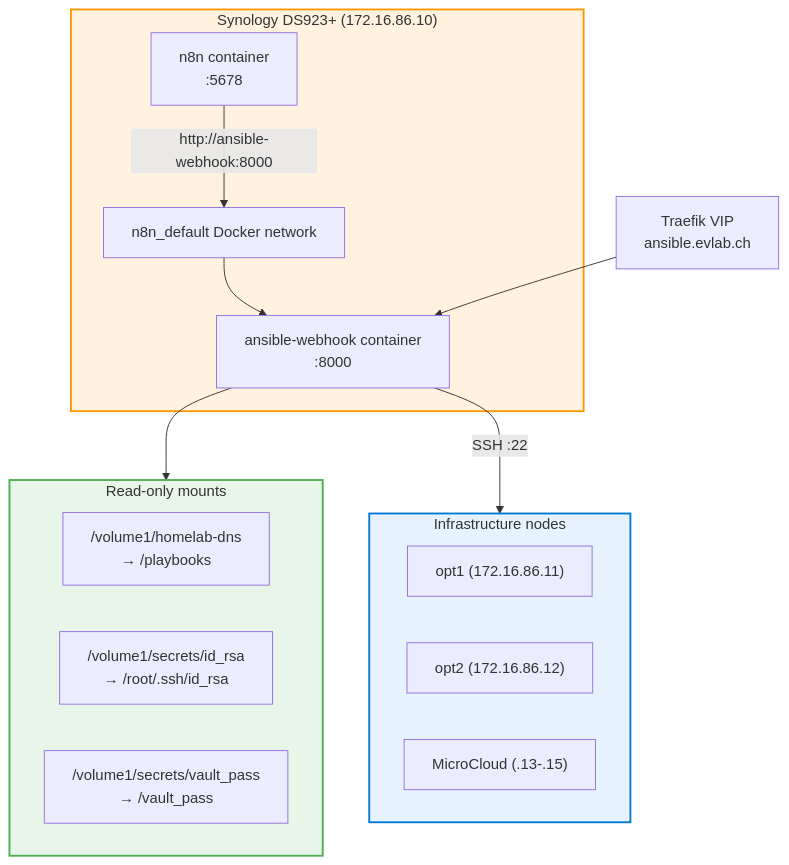
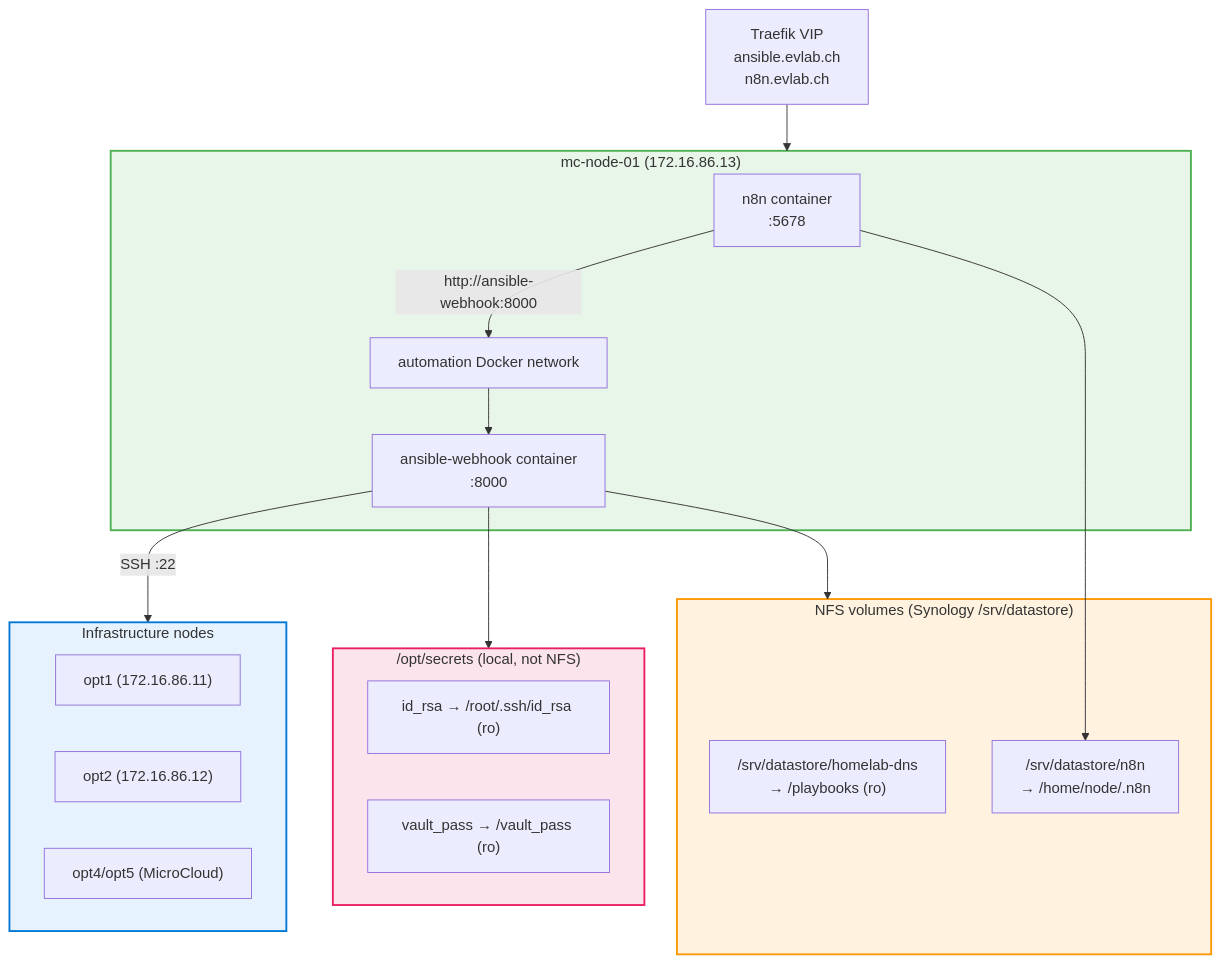
Before and after one commit to fjacquet/homelab-dns: the second of 2 diagrams in docs/adr/adr-015-ansible-webhook-engine.md, drawn with Mermaid. The commit also changed other lines of this file and 6 other files, not shown here.

First line of the commit message:
refactor: move n8n + ansible-webhook to MicroCloud, use NFS volumes

````diff
--- a/docs/adr/adr-015-ansible-webhook-engine.md
+++ b/docs/adr/adr-015-ansible-webhook-engine.md
@@ -49,32 +49,39 @@
 ```mermaid
 graph TD
-    subgraph Synology["Synology DS923+ (172.16.86.10)"]
+    subgraph MC01["mc-node-01 (172.16.86.13)"]
         N8N["n8n container\n:5678"]
         AW["ansible-webhook container\n:8000"]
-        NET["n8n_default Docker network"]
+        NET["automation Docker network"]
         N8N -->|"http://ansible-webhook:8000"| NET
         NET --> AW
     end
 
-    subgraph Volumes["Read-only mounts"]
-        REPO["/volume1/homelab-dns\n→ /playbooks"]
-        SSH["/volume1/secrets/id_rsa\n→ /root/.ssh/id_rsa"]
-        VAULT["/volume1/secrets/vault_pass\n→ /vault_pass"]
+    subgraph NFS["NFS volumes (Synology /srv/datastore)"]
+        REPO["/srv/datastore/homelab-dns\n→ /playbooks (ro)"]
+        N8NDATA["/srv/datastore/n8n\n→ /home/node/.n8n"]
     end
 
-    AW --> Volumes
+    subgraph Local["/opt/secrets (local, not NFS)"]
+        SSH["id_rsa → /root/.ssh/id_rsa (ro)"]
+        VAULT["vault_pass → /vault_pass (ro)"]
+    end
+
+    AW --> NFS
+    AW --> Local
+    N8N --> N8NDATA
 
     subgraph Infra["Infrastructure nodes"]
         OPT1["opt1 (172.16.86.11)"]
         OPT2["opt2 (172.16.86.12)"]
-        MC["MicroCloud (.13-.15)"]
+        MCC["opt4/opt5 (MicroCloud)"]
     end
 
     AW -->|SSH :22| Infra
 
-    TRAEFIK["Traefik VIP\nansible.evlab.ch"] --> AW
+    TRAEFIK["Traefik VIP\nansible.evlab.ch\nn8n.evlab.ch"] --> MC01
 
-    style Synology fill:#fff3e0,stroke:#ff9800,stroke-width:2px
-    style Volumes fill:#e8f5e9,stroke:#4caf50,stroke-width:2px
+    style MC01 fill:#e8f5e9,stroke:#4caf50,stroke-width:2px
+    style NFS fill:#fff3e0,stroke:#ff9800,stroke-width:2px
+    style Local fill:#fce4ec,stroke:#e91e63,stroke-width:2px
     style Infra fill:#e6f3ff,stroke:#0078D4,stroke-width:2px
 ```
````
